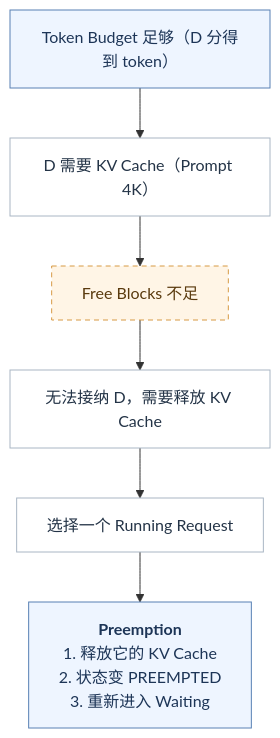
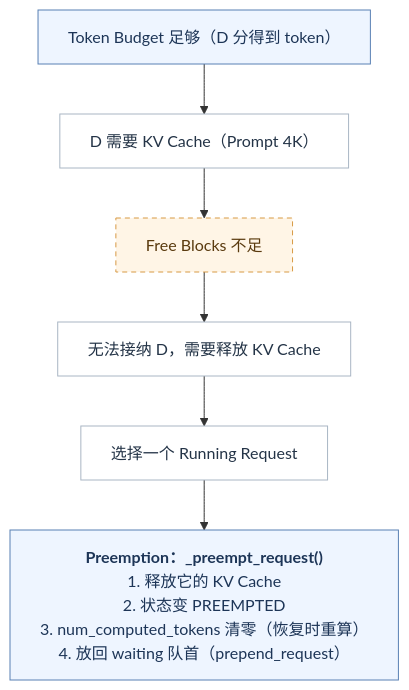
One commit to arganzheng/arganzheng.github.com changed the ninth of 14 diagrams in _posts/2026-08-15-scheduler-batch-and-fairness.md. Above: the diagram before and after it, drawn with Mermaid. The commit also changed other lines of this file and 1 other file, not shown here.

First line of the commit message:
Scheduler（04）：图 10 按源码重画判断链并补回回路；execute_model 图恢复左流程右数据的 SVG；图 17 补齐抢占步骤

````diff
--- a/_posts/2026-08-15-scheduler-batch-and-fairness.md
+++ b/_posts/2026-08-15-scheduler-batch-and-fairness.md
@@ -990,14 +979,15 @@
 ```mermaid
+%%{init: {"flowchart": {"wrappingWidth": 380}}}%%
 %% 图：KV Cache 不够时：D 进不来，只能抢占 Running Request 腾出空间
 flowchart TB
     A["Token Budget 足够（D 分得到 token）"] --> B["D 需要 KV Cache（Prompt 4K）"] --> C["Free Blocks 不足"] --> D["无法接纳 D，需要释放 KV Cache"] --> E["选择一个 Running Request"]
-    E --> P["<b>Preemption</b><br/>1. 释放它的 KV Cache<br/>2. 状态变 PREEMPTED<br/>3. 重新进入 Waiting"]
+    E --> P["<b>Preemption：_preempt_request()</b><br/>1. 释放它的 KV Cache<br/>2. 状态变 PREEMPTED<br/>3. num_computed_tokens 清零（恢复时重算）<br/>4. 放回 waiting 队首（prepend_request）"]
     classDef card fill:#ffffff,stroke:#a9b6c4,color:#243447
     classDef compute fill:#eef5ff,stroke:#5880b4,color:#1d3557
     classDef memory fill:#eff9f4,stroke:#4b9477,color:#1f4a37
     classDef request fill:#e9f4ee,stroke:#70a582,color:#1f4a37
     classDef waiting fill:#fff5e6,stroke:#d79a45,color:#5a3a0e,stroke-dasharray:5 4
     class A,P compute
     class B,D,E card
     class C waiting
 ```
````
